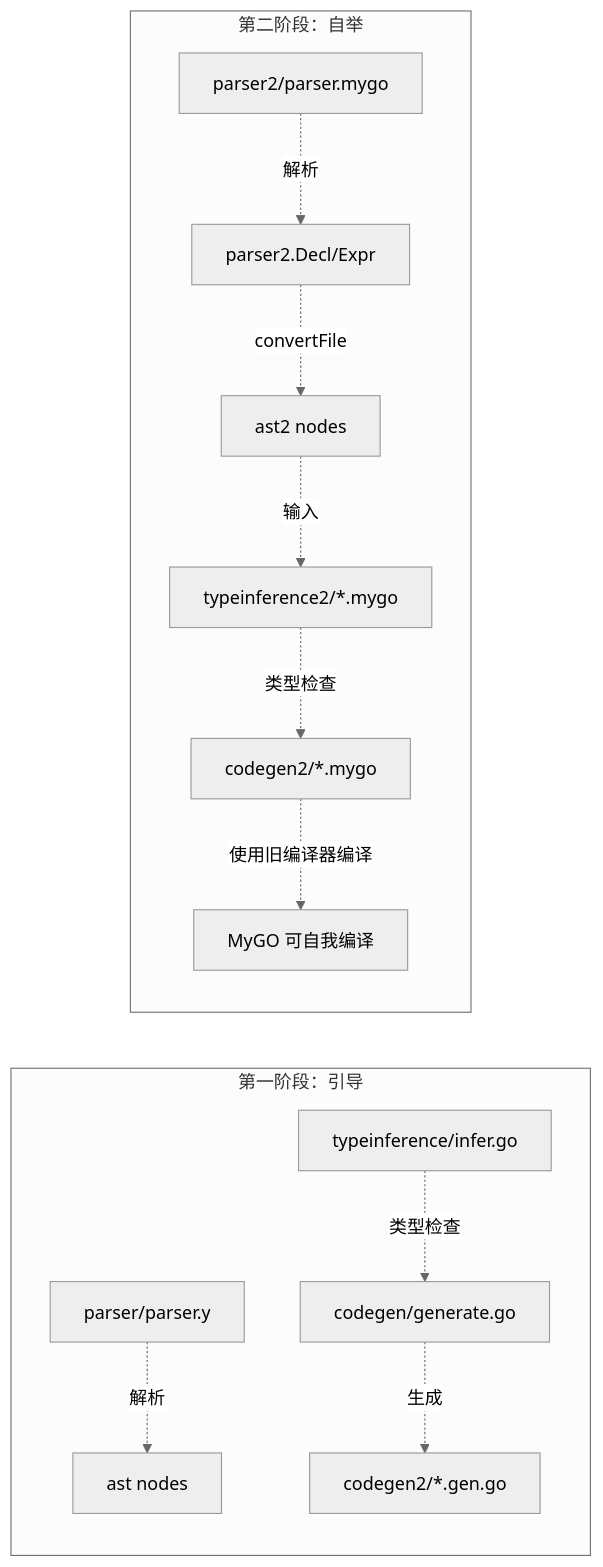
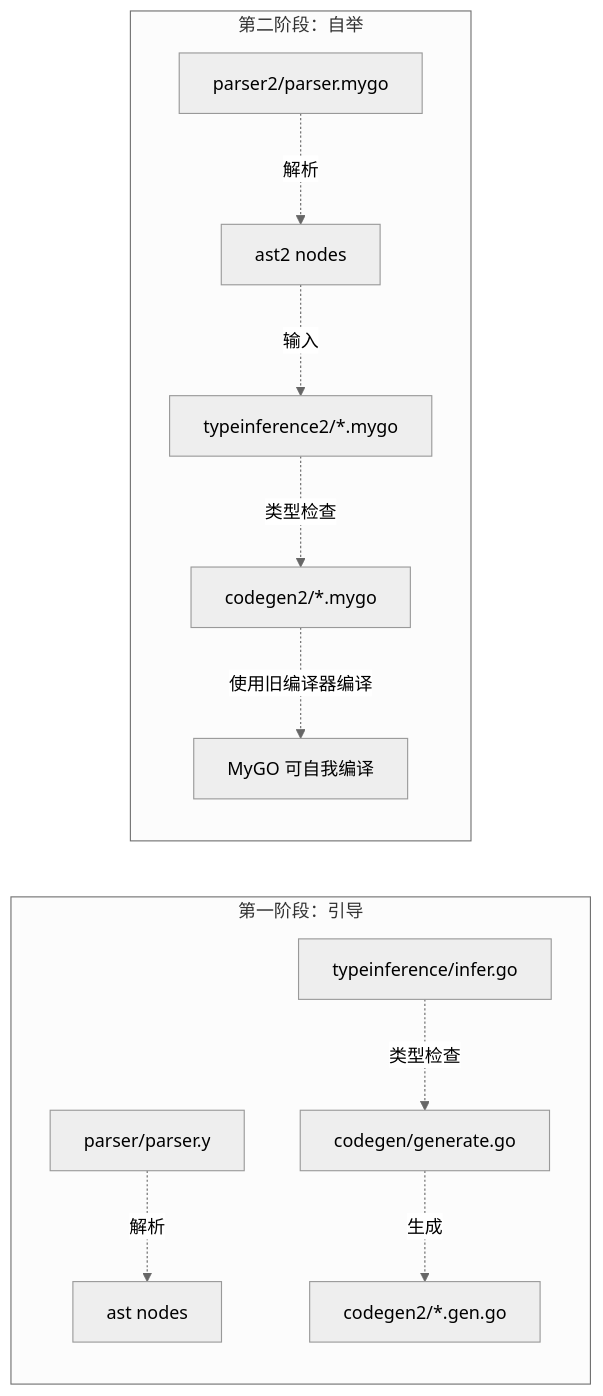
Before and after one commit to mygo-lang/mygo: the diagram in plans/self-host-analysis-detailed.md, drawn with Mermaid (neutral theme). The commit also changed other lines of this file and 13 other files, not shown here.

Commit message:
feat(parser2, codegen2): support error location reporting

````diff
--- a/plans/self-host-analysis-detailed.md
+++ b/plans/self-host-analysis-detailed.md
@@ -241,16 +332,15 @@
 ```mermaid
 graph LR
     subgraph "第一阶段：引导"
         A[parser/parser.y] -.->|解析| B[ast nodes]
         C[typeinference/infer.go] -.->|类型检查| D[codegen/generate.go]
         D -.->|生成| E[codegen2/*.gen.go]
     end
     
     subgraph "第二阶段：自举"
-        F[parser2/parser.mygo] -.->|解析| G[parser2.Decl/Expr]
-        G -.->|convertFile| H[ast2 nodes]
-        I[typeinference2/*.mygo] -.->|类型检查| J[codegen2/*.mygo]
-        H -.->|输入| I
+        F[parser2/parser.mygo] -.->|解析| G[ast2 nodes]
+        H[typeinference2/*.mygo] -.->|类型检查| J[codegen2/*.mygo]
+        G -.->|输入| H
         J -.->|使用旧编译器编译| K[MyGO 可自我编译]
     end
 ```
````
